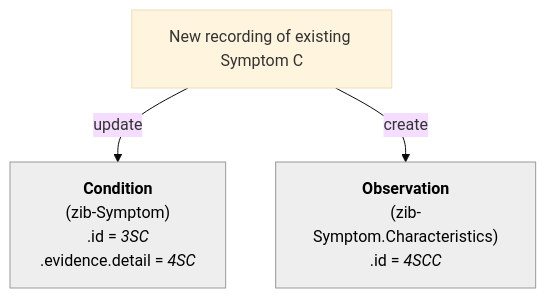
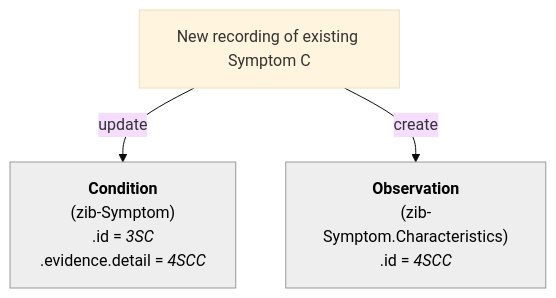
The fifth of 13 diagrams in documentation/Condition-Diagnosis-Symptom.md (Nictiz/Nictiz-R4-zib2024), drawn with Mermaid (base theme) before and after one commit. The commit also changed other lines of this file, not shown here.

````diff
--- a/documentation/Condition-Diagnosis-Symptom.md
+++ b/documentation/Condition-Diagnosis-Symptom.md
@@ -145,22 +152,22 @@
 ```mermaid
 flowchart TB
 
 NewSymptom_C["`New recording of existing Symptom C`"]
 
     S_C["`**Condition**
         (zib-Symptom)
         .id = _3SC_
-        .evidence.detail = _4SC_`"]
+        .evidence.detail = _4SCC_`"]
     SC_C["`
         **Observation**
         (zib-Symptom.Characteristics)
         .id = _4SCC_
         `"]     
     
     S_C:::Ash
     SC_C:::Ash
     classDef Ash stroke-width:1px, stroke-dasharray:none, stroke:#999999, fill:#EEEEEE, color:#000000
 
 NewSymptom_C -- update --> S_C
 NewSymptom_C -- create --> SC_C
 ```
````
